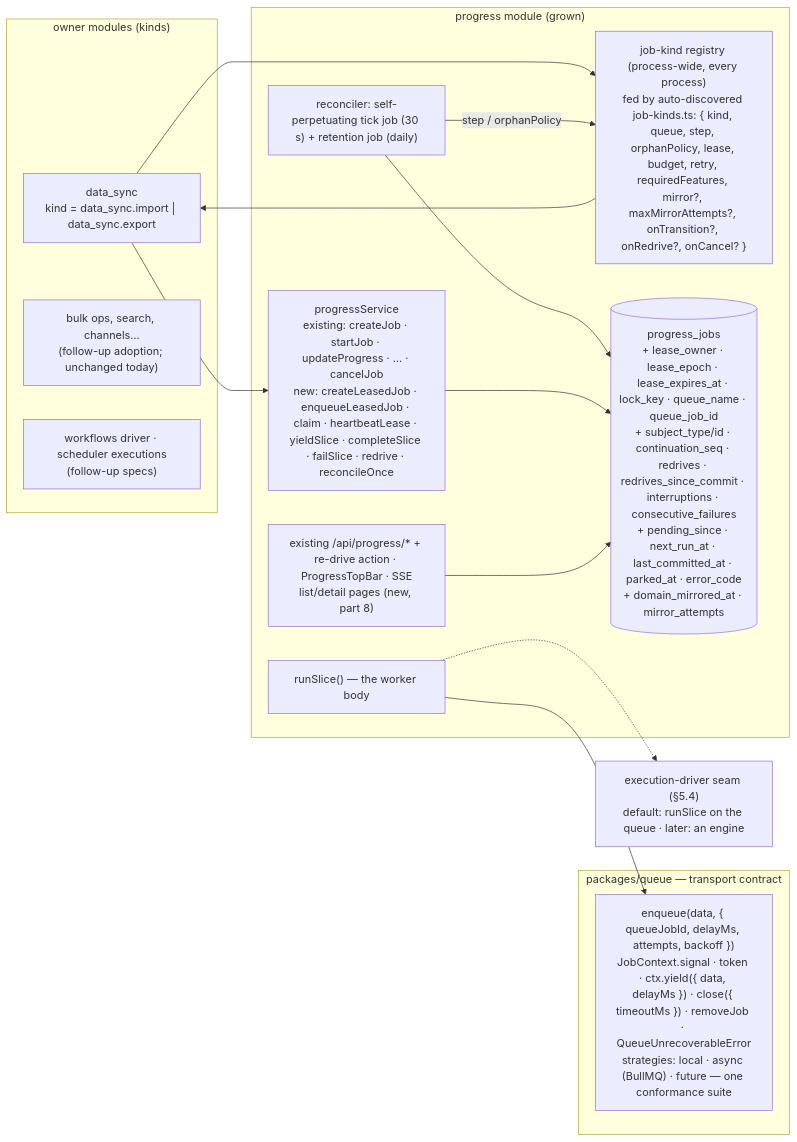
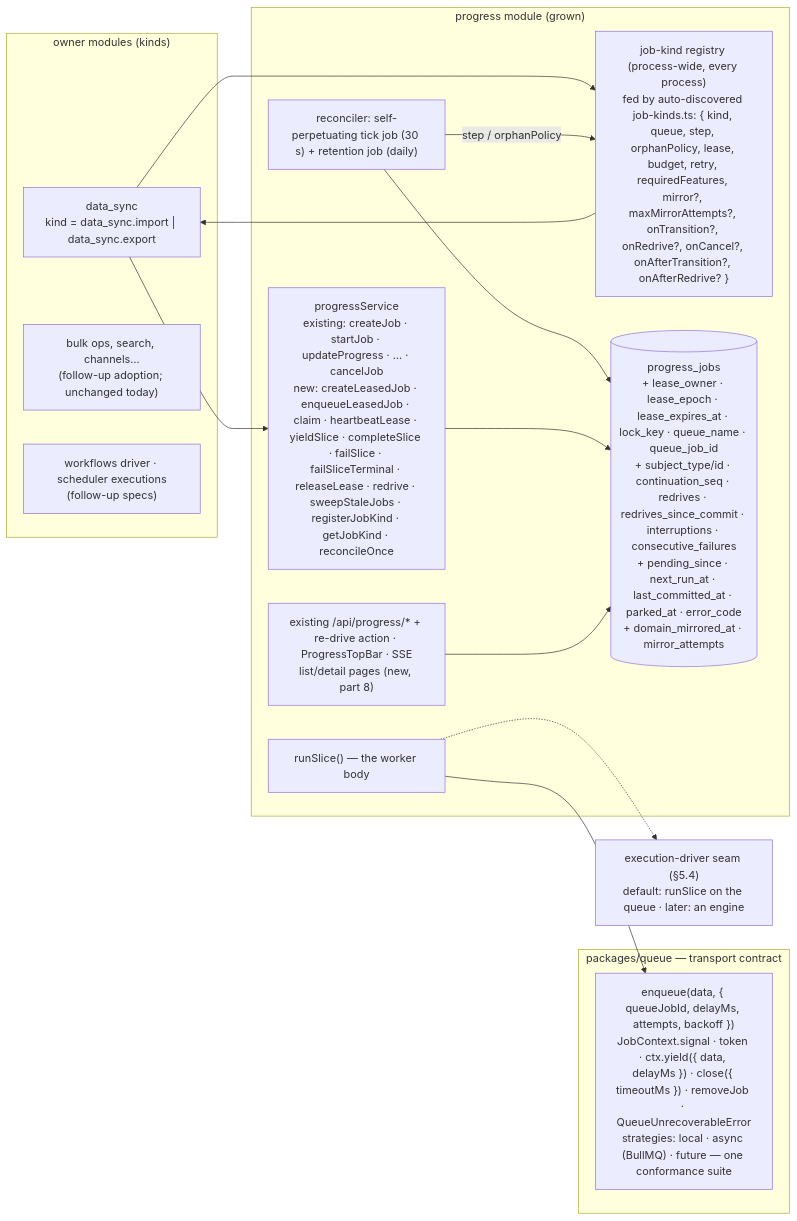
The diagram in .ai/specs/2026-08-21-background-work-04-solution.md (open-mercato/open-mercato), drawn with Mermaid before and after one commit. The commit also changed other lines of this file and 4 other files, not shown here.

Commit message:
docs(specs): round 4 — releaseLease on rollback paths, throw-vs-null terminal outcomes, backlog-aware Q1, defined after-commit hooks, WorkerMeta.repeatable, delay-based failSlice, leased started/updated events, data_sync em/batchSize/cancellable homes

````diff
--- a/.ai/specs/2026-08-21-background-work-04-solution.md
+++ b/.ai/specs/2026-08-21-background-work-04-solution.md
@@ -108,27 +108,27 @@
 ```mermaid
 flowchart LR
   subgraph Owners["owner modules (kinds)"]
     DS["data_sync<br/>kind = data_sync.import | data_sync.export"]
     BULK["bulk ops, search, channels…<br/>(follow-up adoption; unchanged today)"]
     WF["workflows driver · scheduler executions<br/>(follow-up specs)"]
   end
   subgraph P["progress module (grown)"]
-    SVC["progressService<br/>existing: createJob · startJob · updateProgress · … · cancelJob<br/>new: createLeasedJob · enqueueLeasedJob · claim · heartbeatLease · yieldSlice · completeSlice · failSlice · redrive · reconcileOnce"]
-    REG["job-kind registry (process-wide, every process)<br/>fed by auto-discovered job-kinds.ts: { kind, queue, step, orphanPolicy, lease, budget, retry, requiredFeatures, mirror?, maxMirrorAttempts?, onTransition?, onRedrive?, onCancel? }"]
+    SVC["progressService<br/>existing: createJob · startJob · updateProgress · … · cancelJob<br/>new: createLeasedJob · enqueueLeasedJob · claim · heartbeatLease · yieldSlice · completeSlice · failSlice · failSliceTerminal · releaseLease · redrive · sweepStaleJobs · registerJobKind · getJobKind · reconcileOnce"]
+    REG["job-kind registry (process-wide, every process)<br/>fed by auto-discovered job-kinds.ts: { kind, queue, step, orphanPolicy, lease, budget, retry, requiredFeatures, mirror?, maxMirrorAttempts?, onTransition?, onRedrive?, onCancel?, onAfterTransition?, onAfterRedrive? }"]
     SLICE["runSlice() — the worker body"]
     REC["reconciler: self-perpetuating tick job (30 s) + retention job (daily)"]
     T[("progress_jobs<br/>+ lease_owner · lease_epoch · lease_expires_at · lock_key · queue_name · queue_job_id<br/>+ subject_type/id · continuation_seq · redrives · redrives_since_commit · interruptions · consecutive_failures<br/>+ pending_since · next_run_at · last_committed_at · parked_at · error_code<br/>+ domain_mirrored_at · mirror_attempts")]
     API["existing /api/progress/* + re-drive action · ProgressTopBar · SSE<br/>list/detail pages (new, part 8)"]
   end
   subgraph Q["packages/queue — transport contract"]
     QQ["enqueue(data, { queueJobId, delayMs, attempts, backoff })<br/>JobContext.signal · token · ctx.yield({ data, delayMs }) · close({ timeoutMs }) · removeJob · QueueUnrecoverableError<br/>strategies: local · async (BullMQ) · future — one conformance suite"]
   end
   DRV["execution-driver seam (§5.4)<br/>default: runSlice on the queue · later: an engine"]
   DS --> SVC & REG
   SLICE --> QQ
   REC --> T
   REC -->|step / orphanPolicy| REG --> DS
   SVC --> T
   API --> T
   SLICE -.-> DRV
 ```
````
